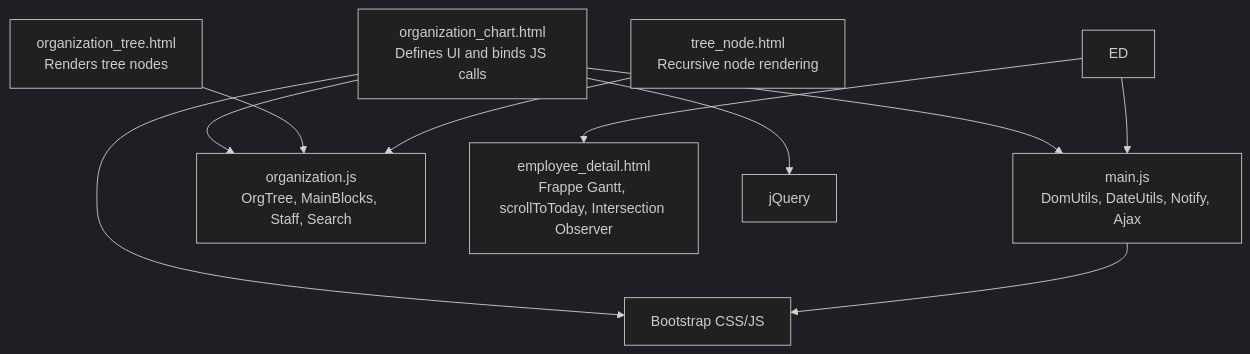
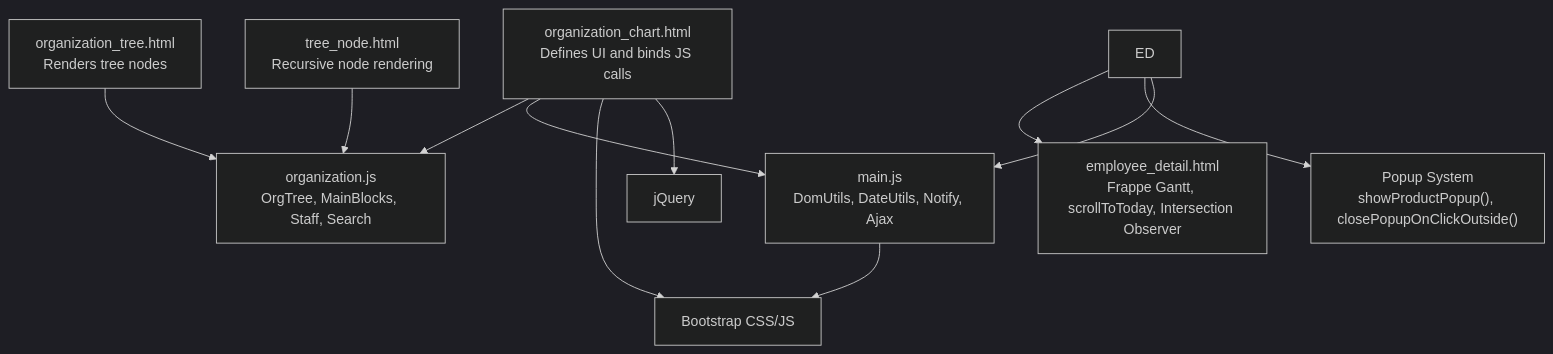
Before and after one commit to Pavel9474/task_manager: the second of 6 diagrams in .qoder/repowiki/en/content/User Interface and Templates/JavaScript Components and Interactivity.md, drawn with Mermaid (dark theme). The commit also changed other lines of this file and 7 other files, not shown here.

Commit message:
ALL gantt work code simplifid

````diff
--- a/.qoder/repowiki/en/content/User Interface and Templates/JavaScript Components and Interactivity.md
+++ b/.qoder/repowiki/en/content/User Interface and Templates/JavaScript Components and Interactivity.md
@@ -125,20 +131,22 @@
 ```mermaid
 graph TB
 TPL["organization_chart.html<br/>Defines UI and binds JS calls"]
 PART_OT["organization_tree.html<br/>Renders tree nodes"]
 PART_TN["tree_node.html<br/>Recursive node rendering"]
 UTILS["main.js<br/>DomUtils, DateUtils, Notify, Ajax"]
 ORG["organization.js<br/>OrgTree, MainBlocks, Staff, Search"]
 GANTT["employee_detail.html<br/>Frappe Gantt, scrollToToday, Intersection Observer"]
+POPUP["Popup System<br/>showProductPopup(), closePopupOnClickOutside()"]
 BOOT["Bootstrap CSS/JS"]
 JQ["jQuery"]
 TPL --> ORG
 TPL --> UTILS
 PART_OT --> ORG
 PART_TN --> ORG
 ED --> GANTT
+ED --> POPUP
 ED --> UTILS
 TPL --> BOOT
 TPL --> JQ
 UTILS --> BOOT
 ```
````
